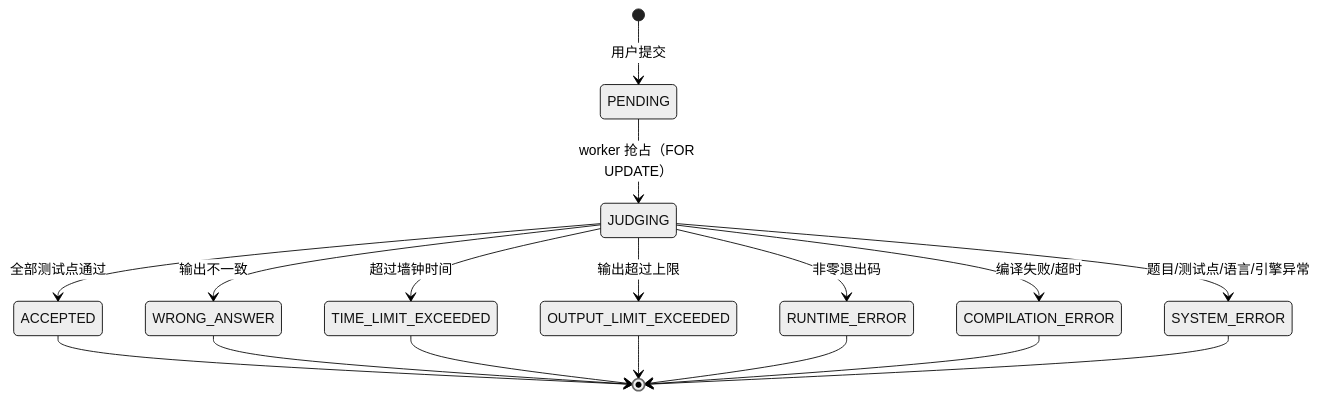
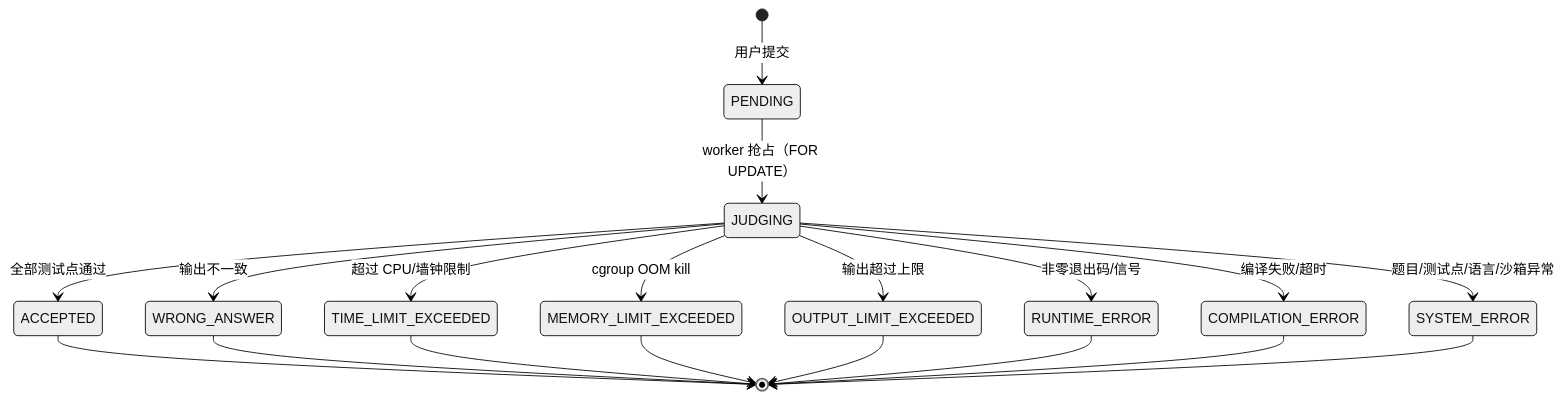
The diagram in docs/server/03-judge.md (yucccxi/iOJ), drawn with Mermaid (neutral theme) before and after one commit. The commit also changed other lines of this file and 89 other files, not shown here.

````diff
--- a/docs/server/03-judge.md
+++ b/docs/server/03-judge.md
@@ -5,19 +5,21 @@
 ```mermaid
 stateDiagram-v2
     [*] --> PENDING: 用户提交
     PENDING --> JUDGING: worker 抢占（FOR UPDATE）
     JUDGING --> ACCEPTED: 全部测试点通过
     JUDGING --> WRONG_ANSWER: 输出不一致
-    JUDGING --> TIME_LIMIT_EXCEEDED: 超过墙钟时间
+    JUDGING --> TIME_LIMIT_EXCEEDED: 超过 CPU/墙钟限制
+    JUDGING --> MEMORY_LIMIT_EXCEEDED: cgroup OOM kill
     JUDGING --> OUTPUT_LIMIT_EXCEEDED: 输出超过上限
-    JUDGING --> RUNTIME_ERROR: 非零退出码
+    JUDGING --> RUNTIME_ERROR: 非零退出码/信号
     JUDGING --> COMPILATION_ERROR: 编译失败/超时
-    JUDGING --> SYSTEM_ERROR: 题目/测试点/语言/引擎异常
+    JUDGING --> SYSTEM_ERROR: 题目/测试点/语言/沙箱异常
     ACCEPTED --> [*]
     WRONG_ANSWER --> [*]
     TIME_LIMIT_EXCEEDED --> [*]
+    MEMORY_LIMIT_EXCEEDED --> [*]
     OUTPUT_LIMIT_EXCEEDED --> [*]
     RUNTIME_ERROR --> [*]
     COMPILATION_ERROR --> [*]
     SYSTEM_ERROR --> [*]
 ```
````
